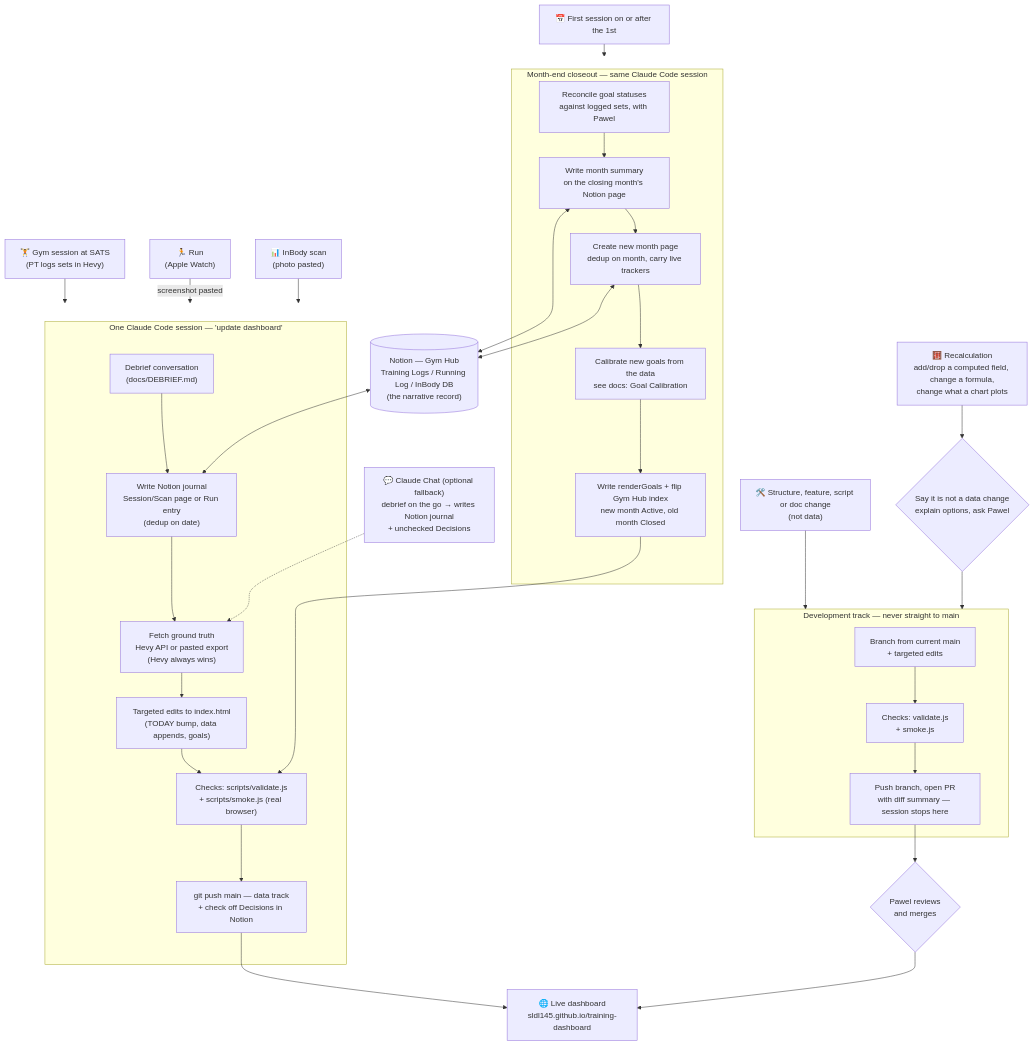
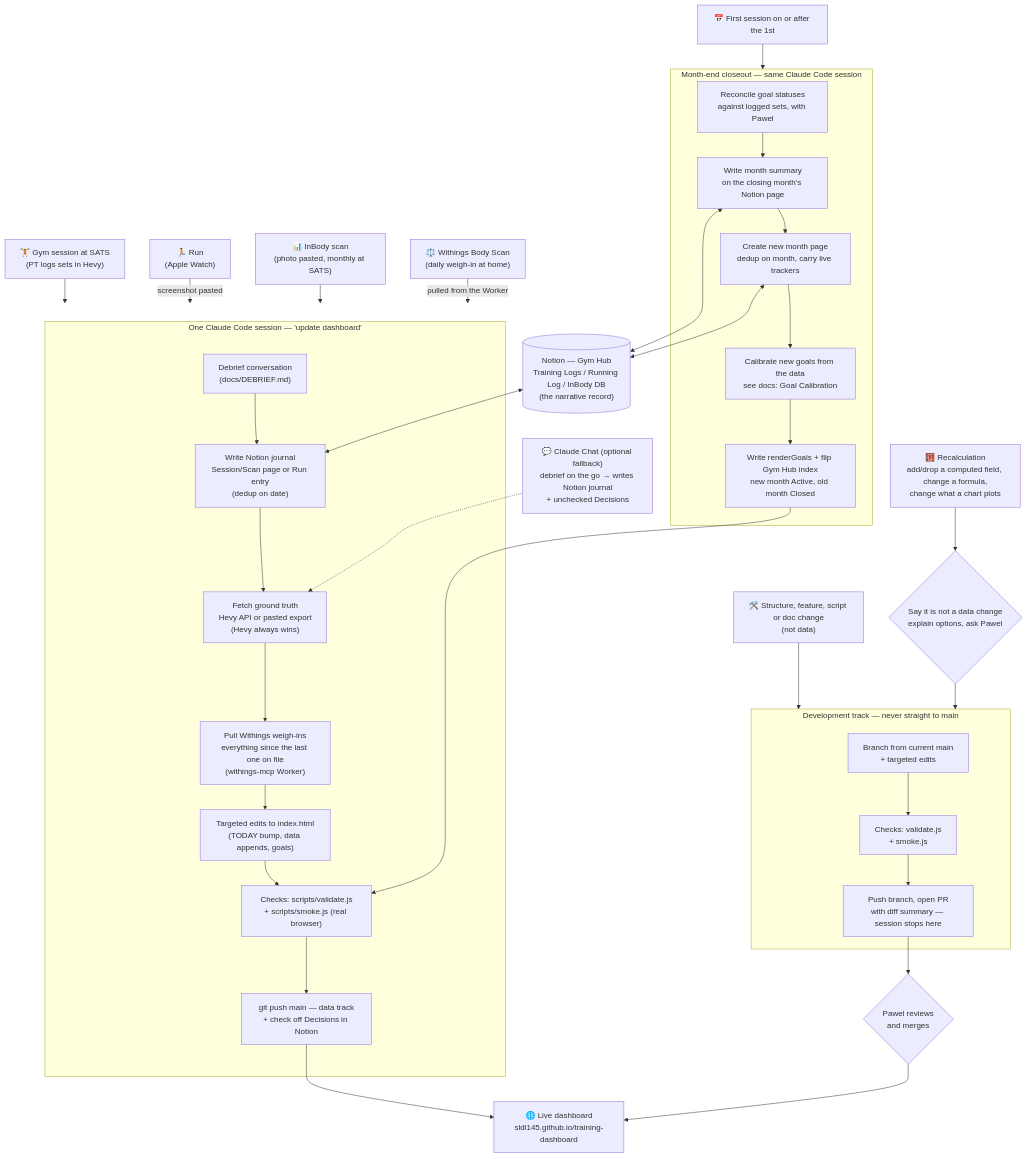
One commit to sldl145/training-dashboard changed the diagram in README.md. Above: the diagram before and after it, drawn with Mermaid. The commit also changed other lines of this file and 7 other files, not shown here.

First line of the commit message:
Withings integration: weighins[] data model, Body Composition block, docs

````diff
--- a/README.md
+++ b/README.md
@@ -16,45 +16,47 @@
 ```mermaid
 flowchart TD
     GYM["🏋️ Gym session at SATS<br/>(PT logs sets in Hevy)"] --> SESSION
     RUN["🏃 Run<br/>(Apple Watch)"] -->|screenshot pasted| SESSION
-    SCAN["📊 InBody scan<br/>(photo pasted)"] --> SESSION
+    SCAN["📊 InBody scan<br/>(photo pasted, monthly at SATS)"] --> SESSION
+    WEIGH["⚖️ Withings Body Scan<br/>(daily weigh-in at home)"] -->|pulled from the Worker| SESSION
 
     subgraph SESSION["One Claude Code session — 'update dashboard'"]
         D1["Debrief conversation<br/>(docs/DEBRIEF.md)"] --> D2["Write Notion journal<br/>Session/Scan page or Run entry<br/>(dedup on date)"]
         D2 --> D3["Fetch ground truth<br/>Hevy API or pasted export<br/>(Hevy always wins)"]
-        D3 --> D4["Targeted edits to index.html<br/>(TODAY bump, data appends, goals)"]
+        D3 --> D3W["Pull Withings weigh-ins<br/>everything since the last one on file<br/>(withings-mcp Worker)"]
+        D3W --> D4["Targeted edits to index.html<br/>(TODAY bump, data appends, goals)"]
         D4 --> D5["Checks: scripts/validate.js<br/>+ scripts/smoke.js (real browser)"]
         D5 --> D6["git push main — data track<br/>+ check off Decisions in Notion"]
     end
 
     CHAT["💬 Claude Chat (optional fallback)<br/>debrief on the go → writes Notion journal<br/>+ unchecked Decisions"] -.-> D3
 
     D6 --> LIVE["🌐 Live dashboard<br/>sldl145.github.io/training-dashboard"]
 
     DEV["🛠️ Structure, feature, script or doc change<br/>(not data)"] --> DEVTRACK
     RECALC["🧮 Recalculation<br/>add/drop a computed field, change a formula,<br/>change what a chart plots"] --> ASK{"Say it is not a data change<br/>explain options, ask Pawel"}
     ASK --> DEVTRACK
 
     subgraph DEVTRACK["Development track — never straight to main"]
         V1["Branch from current main<br/>+ targeted edits"] --> V2["Checks: validate.js<br/>+ smoke.js"]
         V2 --> V3["Push branch, open PR<br/>with diff summary — session stops here"]
     end
 
     V3 --> MERGE{"Pawel reviews<br/>and merges"}
     MERGE --> LIVE
 
     NOTION[("Notion — Gym Hub<br/>Training Logs / Running Log / InBody DB<br/>(the narrative record)")] <--> D2
 
     MONTH["📅 First session on or after the 1st"] --> CLOSE
 
     subgraph CLOSE["Month-end closeout — same Claude Code session"]
         C1["Reconcile goal statuses<br/>against logged sets, with Pawel"] --> C2["Write month summary<br/>on the closing month's Notion page"]
         C2 --> C3["Create new month page<br/>dedup on month, carry live trackers"]
         C3 --> C4["Calibrate new goals from the data<br/>see docs: Goal Calibration"]
         C4 --> C5["Write renderGoals + flip Gym Hub index<br/>new month Active, old month Closed"]
     end
 
     C5 --> D5
     C2 <--> NOTION
     C3 <--> NOTION
 ```
````
